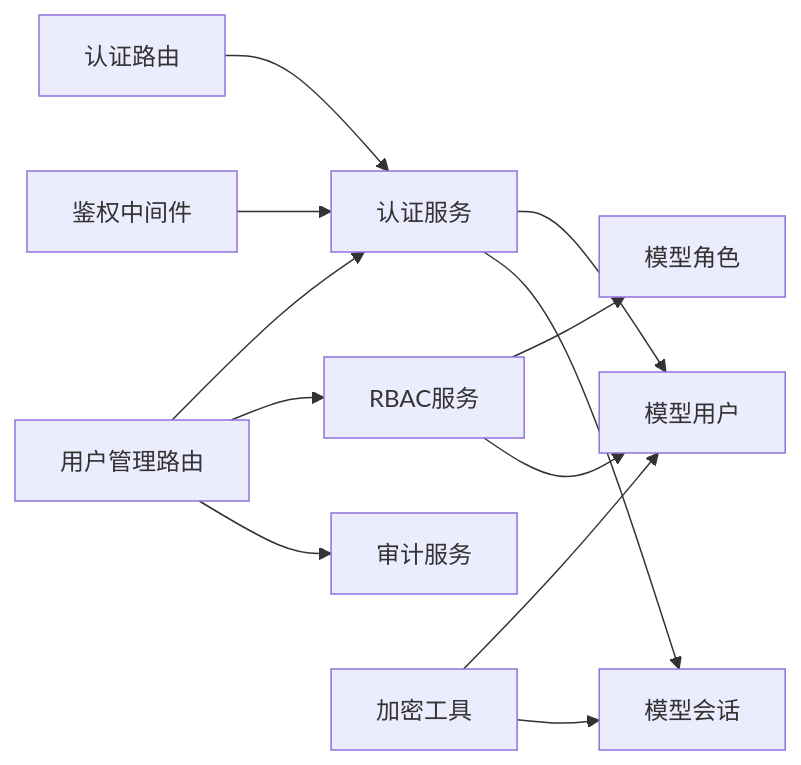
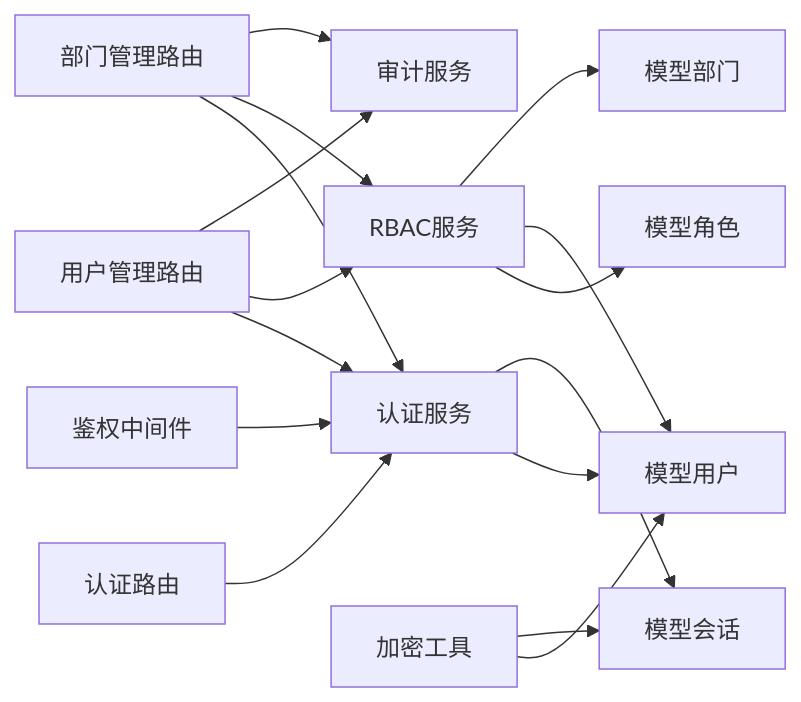
One commit to joezxh/CoPaw changed the ninth of 9 diagrams in .qoder/repowiki/zh/content/企业功能/用户管理.md. Above: the diagram before and after it, drawn with Mermaid. The commit also changed other lines of this file and 20 other files, not shown here.

````diff
--- a/.qoder/repowiki/zh/content/企业功能/用户管理.md
+++ b/.qoder/repowiki/zh/content/企业功能/用户管理.md
@@ -357,14 +429,18 @@
 ```mermaid
 graph LR
 路由用户["用户管理路由"] --> 认证服务
 路由用户 --> RBAC服务
 路由用户 --> 审计服务
+路由部门["部门管理路由"] --> 认证服务
+路由部门 --> RBAC服务
+路由部门 --> 审计服务
 路由认证["认证路由"] --> 认证服务
 中间件["鉴权中间件"] --> 认证服务
 认证服务 --> 模型用户
 认证服务 --> 模型会话
 RBAC服务 --> 模型角色
 RBAC服务 --> 模型用户
+RBAC服务 --> 模型部门
 加密工具 --> 模型用户
 加密工具 --> 模型会话
 ```
````
